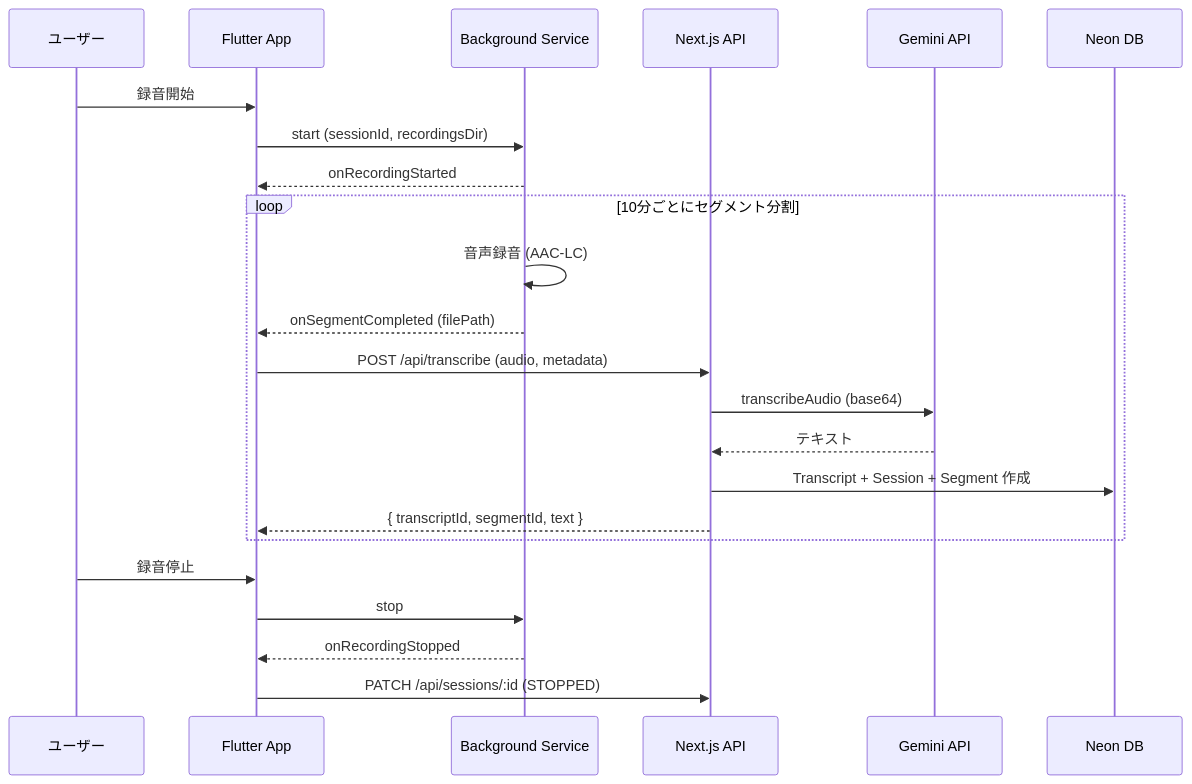
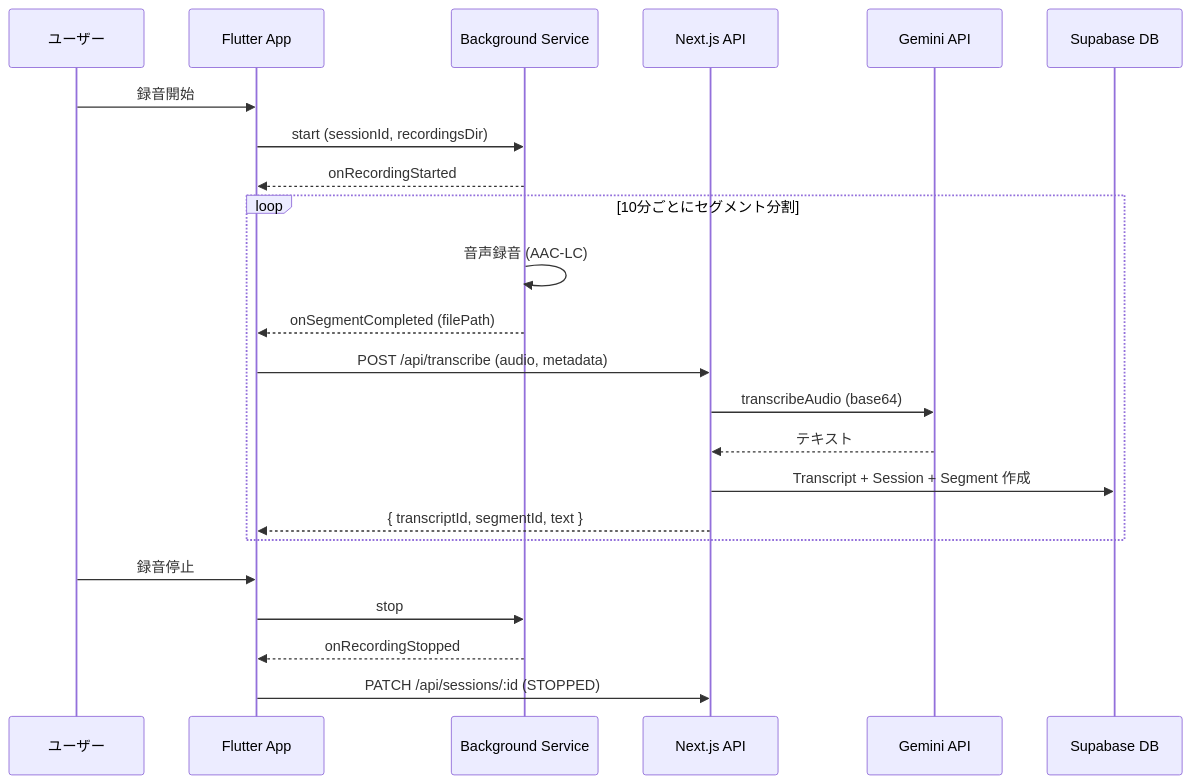
The third of 6 diagrams in KNOWLEDGE.md (toshi-yaminabe/record-app), drawn with Mermaid before and after one commit. The commit also changed other lines of this file and 8 other files, not shown here.

````diff
--- a/KNOWLEDGE.md
+++ b/KNOWLEDGE.md
@@ -672,28 +669,28 @@
 ```mermaid
 sequenceDiagram
     participant User as ユーザー
     participant Flutter as Flutter App
     participant BG as Background Service
     participant API as Next.js API
     participant Gemini as Gemini API
-    participant DB as Neon DB
+    participant DB as Supabase DB
 
     User->>Flutter: 録音開始
     Flutter->>BG: start (sessionId, recordingsDir)
     BG-->>Flutter: onRecordingStarted
 
     loop 10分ごとにセグメント分割
         BG->>BG: 音声録音 (AAC-LC)
         BG-->>Flutter: onSegmentCompleted (filePath)
         Flutter->>API: POST /api/transcribe (audio, metadata)
         API->>Gemini: transcribeAudio (base64)
         Gemini-->>API: テキスト
         API->>DB: Transcript + Session + Segment 作成
         API-->>Flutter: { transcriptId, segmentId, text }
     end
 
     User->>Flutter: 録音停止
     Flutter->>BG: stop
     BG-->>Flutter: onRecordingStopped
     Flutter->>API: PATCH /api/sessions/:id (STOPPED)
 ```
````
